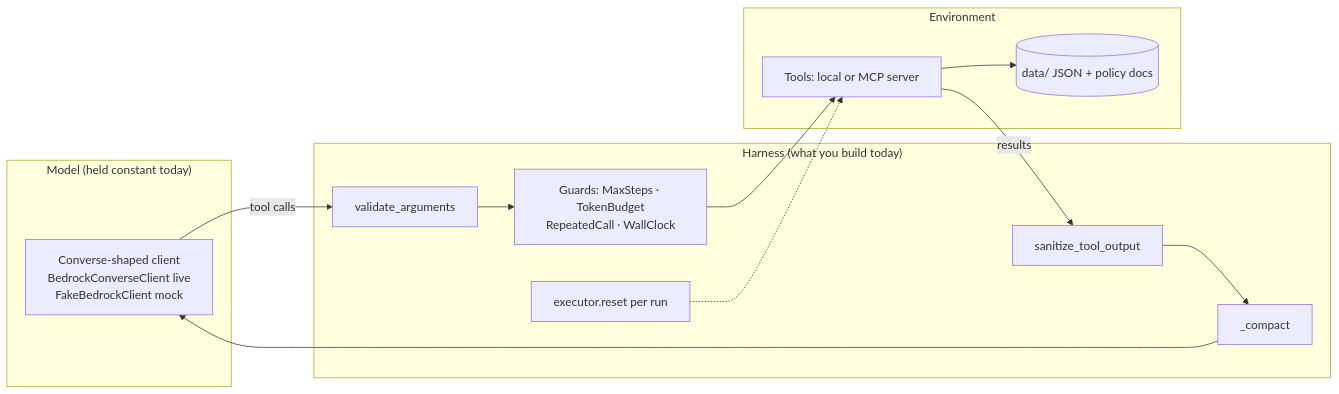
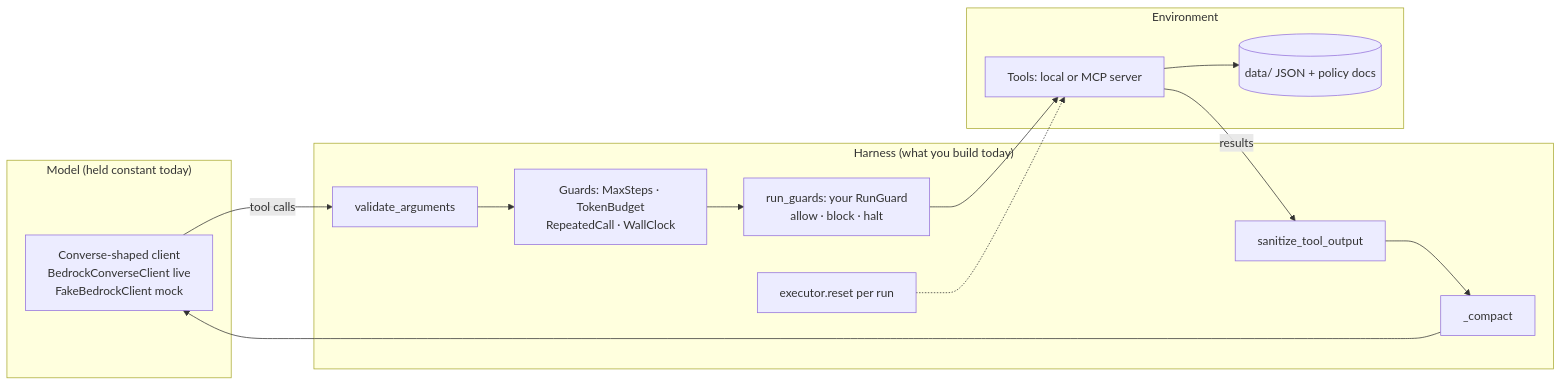
One commit to genial-labs-ai/system_agent_harness_aws changed the first of 5 diagrams in lectures/day3_agent_harness_and_mcp_mocking.md. Above: the diagram before and after it, drawn with Mermaid. The commit also changed other lines of this file, not shown here.

First line of the commit message:
Day 3 lecture: the run-guard seam, honest limits, construction lab in the lab plan

````diff
--- a/lectures/day3_agent_harness_and_mcp_mocking.md
+++ b/lectures/day3_agent_harness_and_mcp_mocking.md
@@ -86,20 +91,21 @@
 ```mermaid
 flowchart LR
   subgraph Model["Model (held constant today)"]
     M[Converse-shaped client<br/>BedrockConverseClient live<br/>FakeBedrockClient mock]
   end
   subgraph Harness["Harness (what you build today)"]
     V[validate_arguments]
     G[Guards: MaxSteps · TokenBudget<br/>RepeatedCall · WallClock]
+    P[run_guards: your RunGuard<br/>allow · block · halt]
     C[_compact]
     S[sanitize_tool_output]
     R[executor.reset per run]
   end
   subgraph Env["Environment"]
     T[Tools: local or MCP server]
     D[(data/ JSON + policy docs)]
   end
-  M -- tool calls --> V --> G --> T --> D
+  M -- tool calls --> V --> G --> P --> T --> D
   T -- results --> S --> C --> M
   R -.-> T
 ```
````
